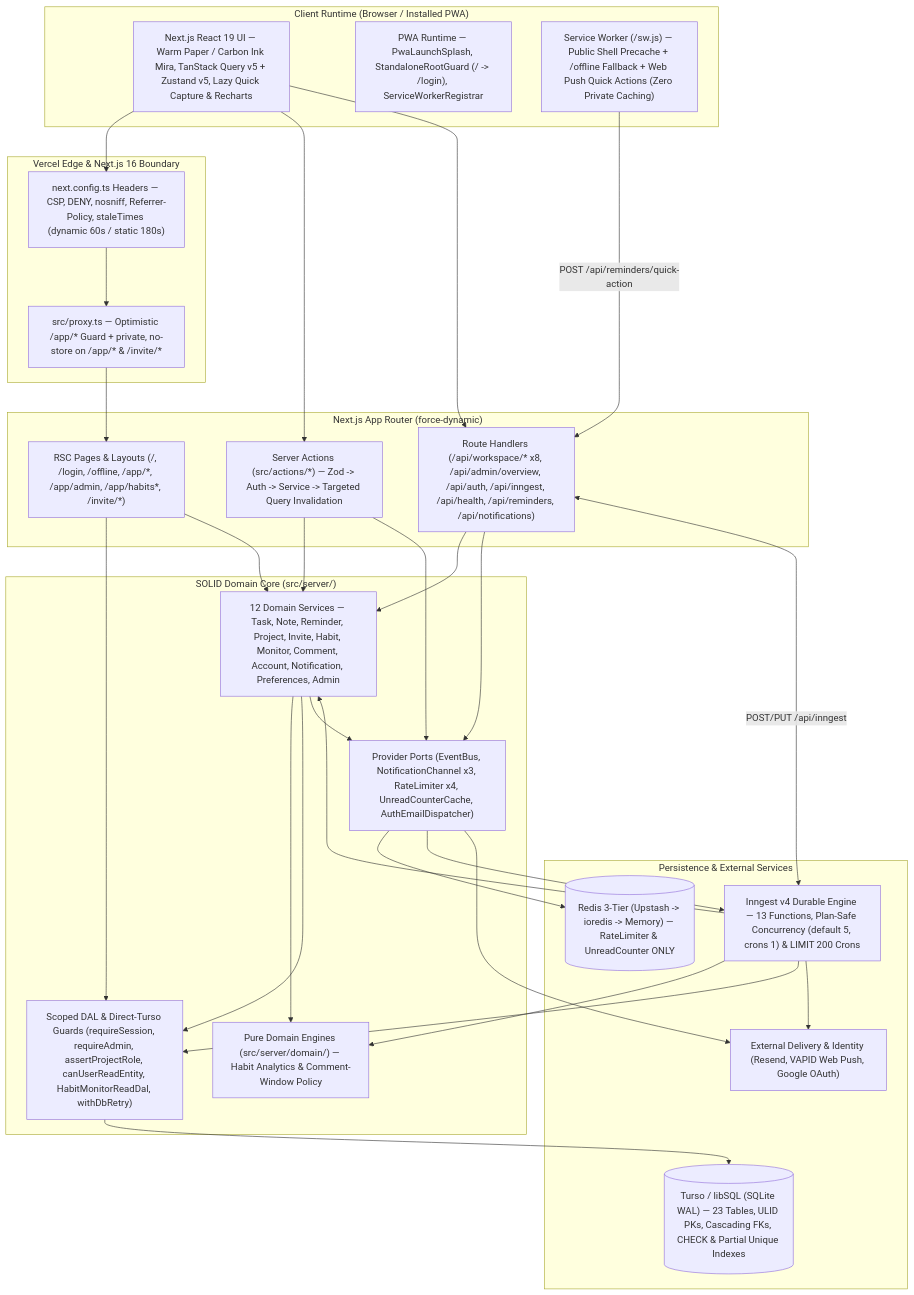
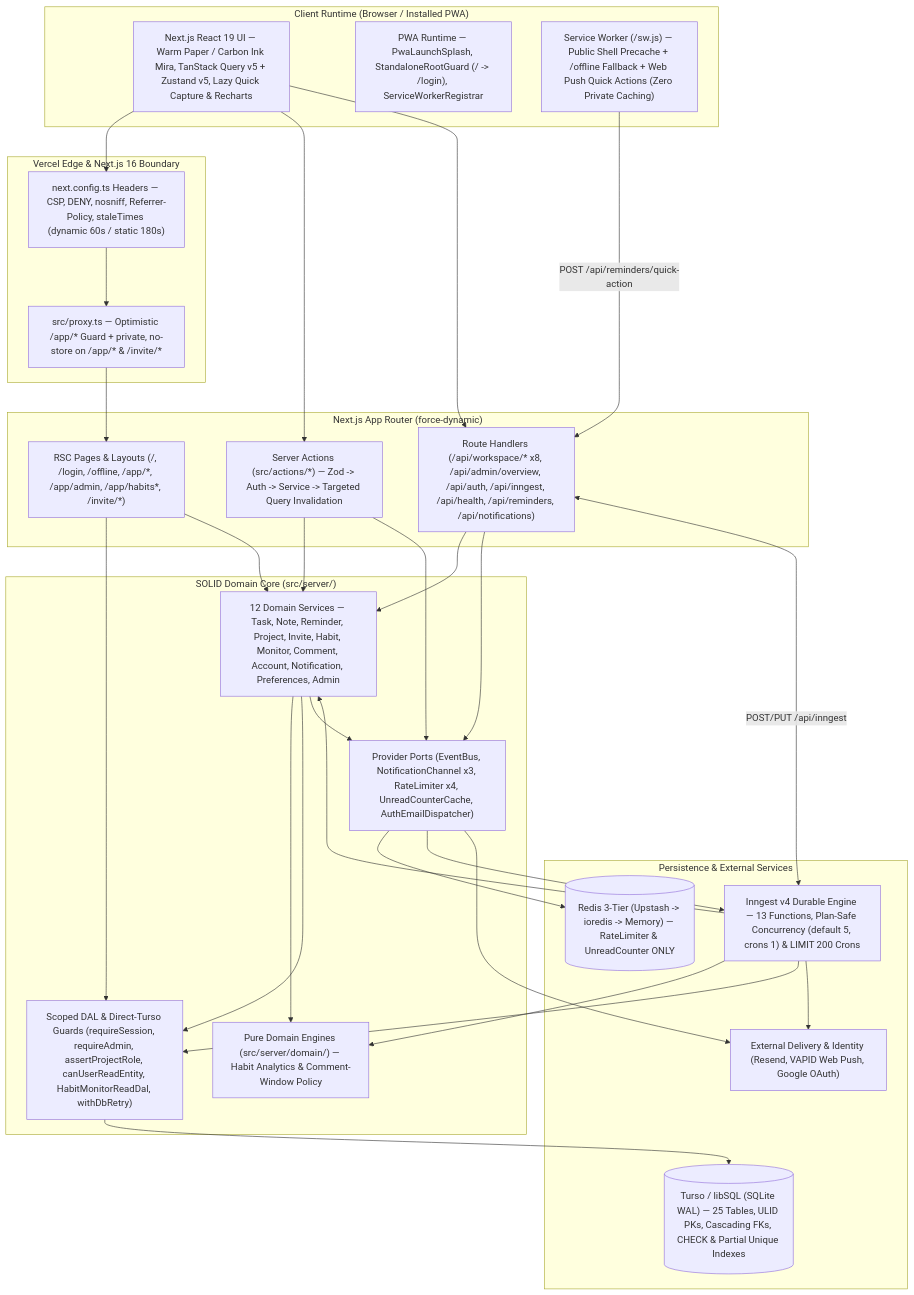
Before and after one commit to Marvin-MM/folio_tracker: the first of 11 diagrams in docs/ARCHITECTURE.md, drawn with Mermaid. The commit also changed other lines of this file and 28 other files, not shown here.

````diff
--- a/docs/ARCHITECTURE.md
+++ b/docs/ARCHITECTURE.md
@@ -11,57 +11,57 @@
 ```mermaid
 flowchart TB
   subgraph Client["Client Runtime (Browser / Installed PWA)"]
     UI["Next.js React 19 UI — Warm Paper / Carbon Ink Mira, TanStack Query v5 + Zustand v5, Lazy Quick Capture & Recharts"]
     PWA["PWA Runtime — PwaLaunchSplash, StandaloneRootGuard (/ -> /login), ServiceWorkerRegistrar"]
     SW["Service Worker (/sw.js) — Public Shell Precache + /offline Fallback + Web Push Quick Actions (Zero Private Caching)"]
   end
 
   subgraph Edge["Vercel Edge & Next.js 16 Boundary"]
     HDR["next.config.ts Headers — CSP, DENY, nosniff, Referrer-Policy, staleTimes (dynamic 60s / static 180s)"]
     PRX["src/proxy.ts — Optimistic /app/* Guard + private, no-store on /app/* & /invite/*"]
   end
 
   subgraph App["Next.js App Router (force-dynamic)"]
     RSC["RSC Pages & Layouts (/, /login, /offline, /app/*, /app/admin, /app/habits*, /invite/*)"]
     ACT["Server Actions (src/actions/*) — Zod -> Auth -> Service -> Targeted Query Invalidation"]
     API["Route Handlers (/api/workspace/* x8, /api/admin/overview, /api/auth, /api/inngest, /api/health, /api/reminders, /api/notifications)"]
   end
 
   subgraph Core["SOLID Domain Core (src/server/)"]
     DOM["Pure Domain Engines (src/server/domain/) — Habit Analytics & Comment-Window Policy"]
     SVC["12 Domain Services — Task, Note, Reminder, Project, Invite, Habit, Monitor, Comment, Account, Notification, Preferences, Admin"]
     DAL["Scoped DAL & Direct-Turso Guards (requireSession, requireAdmin, assertProjectRole, canUserReadEntity, HabitMonitorReadDal, withDbRetry)"]
     PRV["Provider Ports (EventBus, NotificationChannel x3, RateLimiter x4, UnreadCounterCache, AuthEmailDispatcher)"]
   end
 
   subgraph Infra["Persistence & External Services"]
-    DB[("Turso / libSQL (SQLite WAL) — 23 Tables, ULID PKs, Cascading FKs, CHECK & Partial Unique Indexes")]
+    DB[("Turso / libSQL (SQLite WAL) — 25 Tables, ULID PKs, Cascading FKs, CHECK & Partial Unique Indexes")]
     RDS[("Redis 3-Tier (Upstash -> ioredis -> Memory) — RateLimiter & UnreadCounter ONLY")]
     ING["Inngest v4 Durable Engine — 13 Functions, Plan-Safe Concurrency (default 5, crons 1) & LIMIT 200 Crons"]
     EXT["External Delivery & Identity (Resend, VAPID Web Push, Google OAuth)"]
   end
 
   UI --> HDR --> PRX --> RSC
   UI --> ACT
   UI --> API
   SW -->|"POST /api/reminders/quick-action"| API
 
   RSC --> DAL
   RSC --> SVC
   ACT --> SVC
   ACT --> PRV
   API --> SVC
   API --> PRV
   API <-->|"POST/PUT /api/inngest"| ING
 
   SVC --> DOM
   SVC --> DAL --> DB
   SVC --> PRV
   PRV --> RDS
   PRV --> ING
   PRV --> EXT
   ING --> DOM
   ING --> SVC
   ING --> DAL
   ING --> EXT
 ```
````
